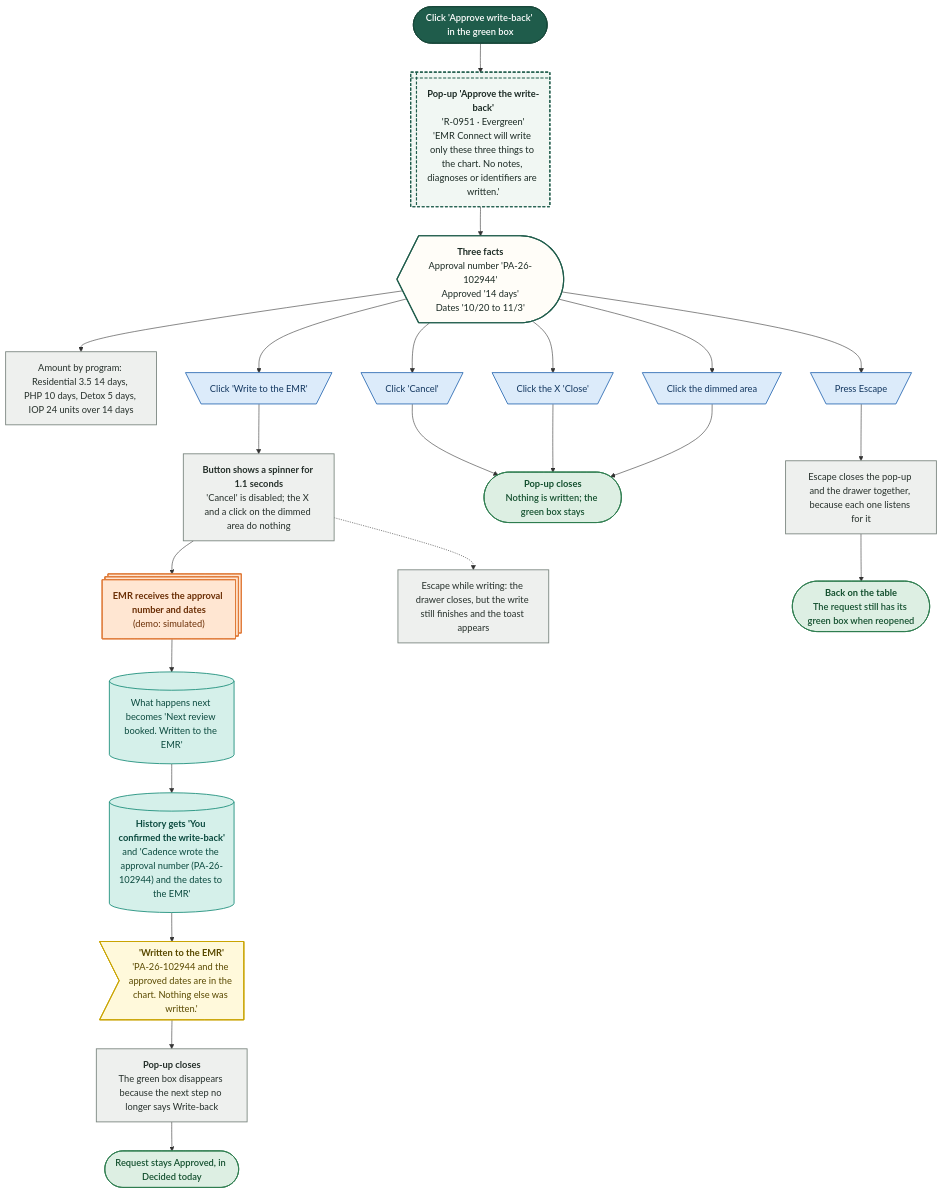
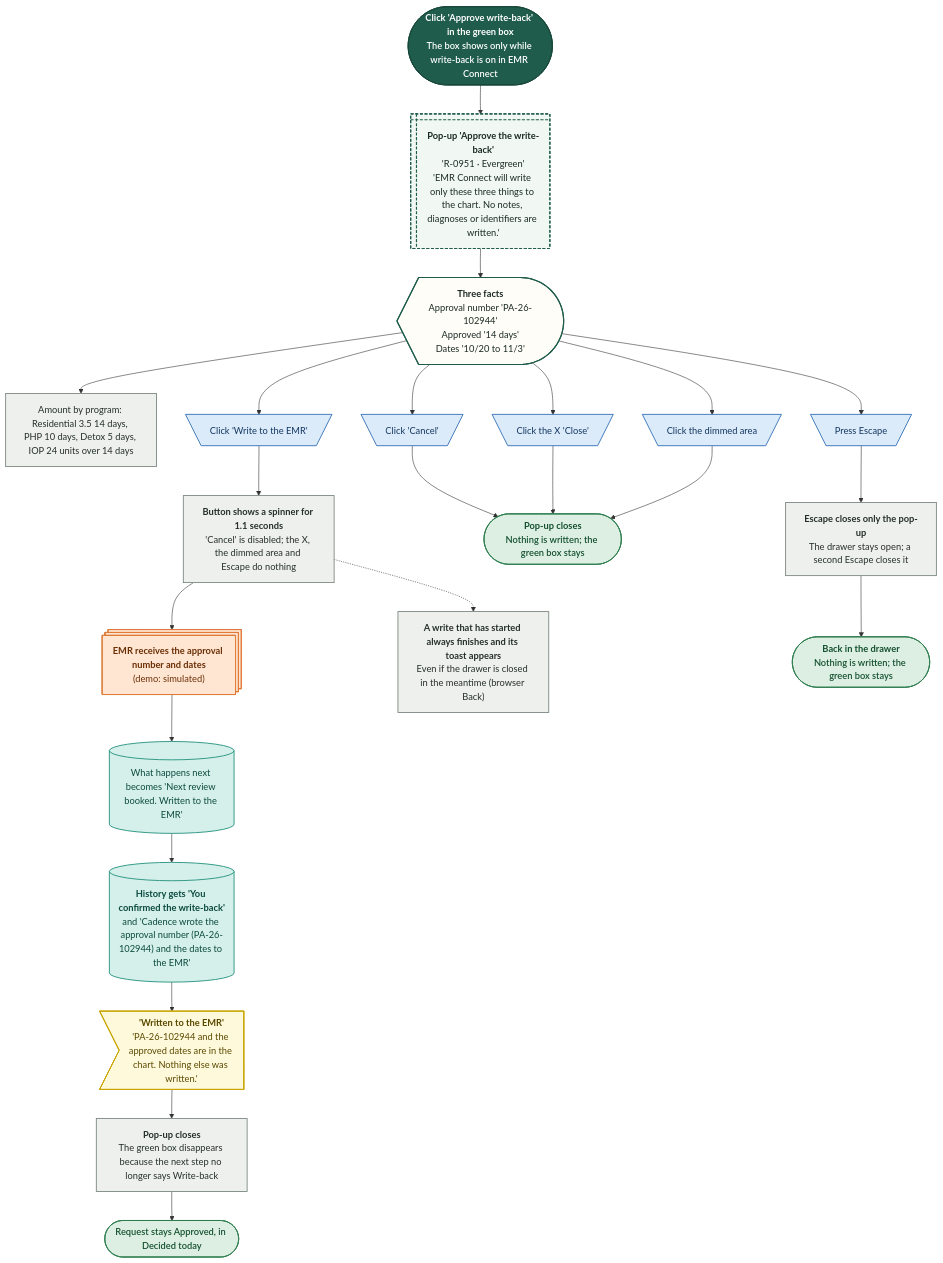
One commit to Shrav143/psyfloapp changed diagram 15 of 19 in demos/prior-auth-demo/workflows/out/md/02-dashboard.md. Above: the diagram before and after it, drawn with Mermaid. The commit also changed other lines of this file and 195 other files, not shown here.

First line of the commit message:
docs: Rebuild workflow diagrams after the demo fixes (220 diagrams)

````diff
--- a/demos/prior-auth-demo/workflows/out/md/02-dashboard.md
+++ b/demos/prior-auth-demo/workflows/out/md/02-dashboard.md
@@ -1032,55 +1135,55 @@
 ```mermaid
 %%{init: {"theme":"base","themeVariables":{"fontFamily":"'DM Sans', 'Segoe UI', system-ui, sans-serif","fontSize":"15px","lineColor":"#5B6B63","primaryTextColor":"#1C2B25","clusterBkg":"#FBF8F3","clusterBorder":"#D9CDBB","edgeLabelBackground":"#FFFFFF"},"flowchart":{"curve":"basis","nodeSpacing":36,"rankSpacing":48,"padding":12,"htmlLabels":true,"useMaxWidth":false,"wrappingWidth":230}} }%%
 flowchart TD
   classDef k_start fill:#1F5C4B,stroke:#174638,color:#FFFFFF,stroke-width:1.5px,font-weight:600
   classDef k_end fill:#DDEFE3,stroke:#2E7D4F,color:#14502F,stroke-width:1.5px,font-weight:600
   classDef k_endx fill:#FBE3E0,stroke:#C0392B,color:#7A1F16,stroke-width:1.5px,font-weight:600
   classDef k_screen fill:#FFFDF8,stroke:#1F5C4B,color:#1C2B25,stroke-width:2px
   classDef k_overlay fill:#F1F7F3,stroke:#1F5C4B,color:#1C2B25,stroke-width:2px,stroke-dasharray:5 3
   classDef k_click fill:#DCEBFA,stroke:#2F6DB5,color:#12365F,stroke-width:1.5px
   classDef k_input fill:#E4E7FF,stroke:#4C5FD5,color:#1D2670,stroke-width:1.5px
   classDef k_process fill:#EEF0EE,stroke:#7A857F,color:#26302B,stroke-width:1.5px
   classDef k_agent fill:#EEE5FA,stroke:#7A4FC2,color:#341A63,stroke-width:1.5px
   classDef k_decision fill:#FFF0CC,stroke:#D9962B,color:#5C3B00,stroke-width:1.5px
   classDef k_store fill:#D5F0EA,stroke:#1C8E7B,color:#0B4A3F,stroke-width:1.5px
   classDef k_doc fill:#F6E9DC,stroke:#B07A4C,color:#4A2E14,stroke-width:1.5px
   classDef k_ext fill:#FFE6D2,stroke:#E07B39,color:#6B2F06,stroke-width:1.5px
   classDef k_wait fill:#E4E8EE,stroke:#6B7C93,color:#26303D,stroke-width:1.5px
   classDef k_toast fill:#FFF9DB,stroke:#C9A400,color:#5A4A00,stroke-width:1.5px
   classDef k_goto fill:#FFFFFF,stroke:#1F5C4B,color:#1F5C4B,stroke-width:1.5px,stroke-dasharray:5 3
-  s1@{ shape: stadium, label: "Click 'Approve write-back' in the green box" }
+  s1@{ shape: stadium, label: "<b>Click 'Approve write-back' in the green box</b><br/>The box shows only while write-back is on in EMR Connect" }
   o1@{ shape: win-pane, label: "<b>Pop-up 'Approve the write-back'</b><br/>'R-0951 · Evergreen'<br/>'EMR Connect will write only these three things to the chart. No notes, diagnoses or identifiers are written.'" }
   sc@{ shape: curv-trap, label: "<b>Three facts</b><br/>Approval number 'PA-26-102944'<br/>Approved '14 days'<br/>Dates '10/20 to 11/3'" }
   p0@{ shape: rect, label: "Amount by program: Residential 3.5 14 days, PHP 10 days, Detox 5 days, IOP 24 units over 14 days" }
   c1@{ shape: trap-t, label: "Click 'Write to the EMR'" }
-  p1@{ shape: rect, label: "<b>Button shows a spinner for 1.1 seconds</b><br/>'Cancel' is disabled; the X and a click on the dimmed area do nothing" }
+  p1@{ shape: rect, label: "<b>Button shows a spinner for 1.1 seconds</b><br/>'Cancel' is disabled; the X, the dimmed area and Escape do nothing" }
   x1@{ shape: st-rect, label: "<b>EMR receives the approval number and dates</b><br/>(demo: simulated)" }
   w1@{ shape: cyl, label: "What happens next becomes 'Next review booked. Written to the EMR'" }
   w2@{ shape: cyl, label: "<b>History gets 'You confirmed the write-back'</b><br/>and 'Cadence wrote the approval number (PA-26-102944) and the dates to the EMR'" }
   t1@{ shape: odd, label: "<b>'Written to the EMR'</b><br/>'PA-26-102944 and the approved dates are in the chart. Nothing else was written.'" }
   p2@{ shape: rect, label: "<b>Pop-up closes</b><br/>The green box disappears because the next step no longer says Write-back" }
   e1@{ shape: stadium, label: "Request stays Approved, in Decided today" }
   c2@{ shape: trap-t, label: "Click 'Cancel'" }
   c3@{ shape: trap-t, label: "Click the X 'Close'" }
   c4@{ shape: trap-t, label: "Click the dimmed area" }
   e2@{ shape: stadium, label: "<b>Pop-up closes</b><br/>Nothing is written; the green box stays" }
   c5@{ shape: trap-t, label: "Press Escape" }
-  p3@{ shape: rect, label: "Escape closes the pop-up and the drawer together, because each one listens for it" }
-  e3@{ shape: stadium, label: "<b>Back on the table</b><br/>The request still has its green box when reopened" }
-  p4@{ shape: rect, label: "Escape while writing: the drawer closes, but the write still finishes and the toast appears" }
+  p3@{ shape: rect, label: "<b>Escape closes only the pop-up</b><br/>The drawer stays open; a second Escape closes it" }
+  e3@{ shape: stadium, label: "<b>Back in the drawer</b><br/>Nothing is written; the green box stays" }
+  p4@{ shape: rect, label: "<b>A write that has started always finishes and its toast appears</b><br/>Even if the drawer is closed in the meantime (browser Back)" }
   s1 --> o1 --> sc --> p0
   sc --> c1 --> p1 --> x1 --> w1 --> w2 --> t1 --> p2 --> e1
   sc --> c2 & c3 & c4
   c2 & c3 & c4 --> e2
   sc --> c5 --> p3 --> e3
   p1 -.-> p4
   class s1 k_start
   class o1 k_overlay
   class sc k_screen
   class p0,p1,p2,p3,p4 k_process
   class c1,c2,c3,c4,c5 k_click
   class x1 k_ext
   class w1,w2 k_store
   class t1 k_toast
   class e1,e2,e3 k_end
 ```
````
